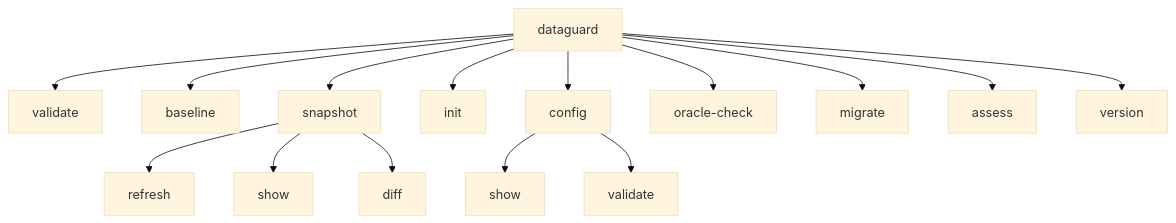
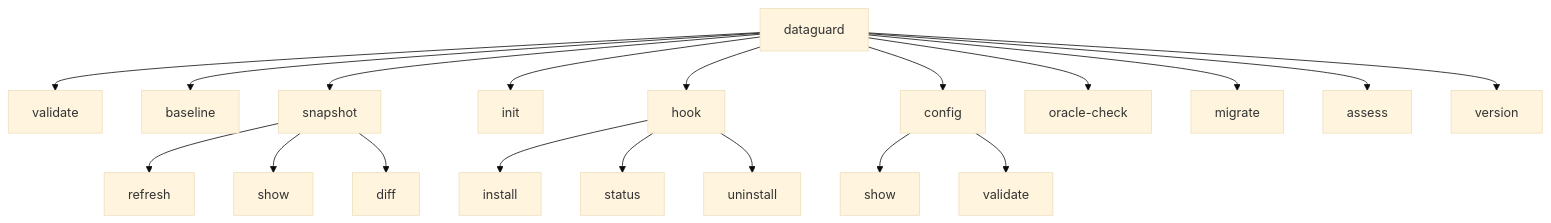
One commit to thanhnt-sm/eco_support_net_oracle changed the diagram in docs/03-components/tooling/cli.md. Above: the diagram before and after it, drawn with Mermaid (base theme). The commit also changed other lines of this file and 266 other files, not shown here.

````diff
--- a/docs/03-components/tooling/cli.md
+++ b/docs/03-components/tooling/cli.md
@@ -7,19 +7,24 @@
 ```mermaid
 graph TB
     ROOT[dataguard] --> V[validate]
     ROOT --> B[baseline]
     ROOT --> S[snapshot]
     ROOT --> I[init]
+    ROOT --> H[hook]
     ROOT --> C[config]
     ROOT --> OC[oracle-check]
     ROOT --> M[migrate]
     ROOT --> A[assess]
     ROOT --> VER[version]
 
     S --> SR[refresh]
     S --> SS[show]
     S --> SD[diff]
 
     C --> CS[show]
     C --> CV[validate]
+
+    H --> HI[install]
+    H --> HS[status]
+    H --> HU[uninstall]
 ```
````
